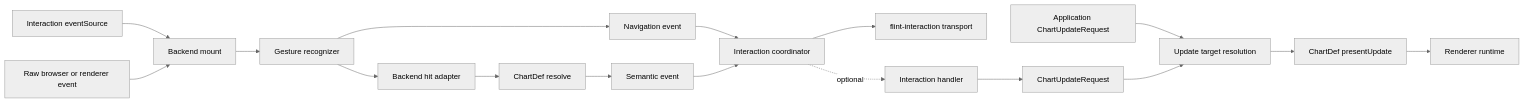
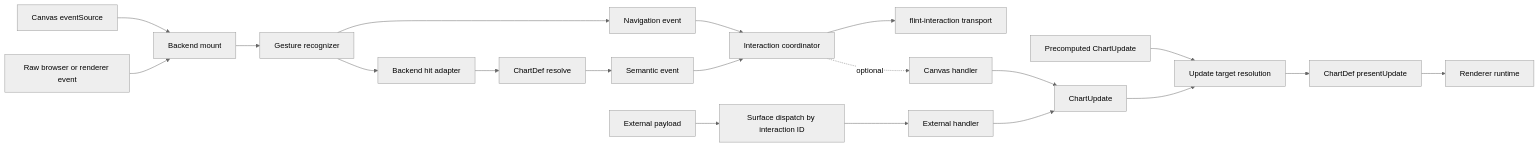
Before and after one commit to microsoft/flint-chart: the first of 5 diagrams in packages/flint-js/src/interactive/README.md, drawn with Mermaid (neutral theme). The commit also changed other lines of this file and 90 other files, not shown here.

````diff
--- a/packages/flint-js/src/interactive/README.md
+++ b/packages/flint-js/src/interactive/README.md
@@ -126,19 +133,22 @@
 ```mermaid
 flowchart LR
-    S[Interaction eventSource] --> B[Backend mount]
+    S[Canvas eventSource] --> B[Backend mount]
     A[Raw browser or renderer event] --> B
     B --> C[Gesture recognizer]
     C --> N[Navigation event]
     N --> F[Interaction coordinator]
     C --> R[Backend hit adapter]
     R --> D[ChartDef resolve]
     D --> E[Semantic event]
     E --> F[Interaction coordinator]
     F --> G[flint-interaction transport]
-    F -. optional .-> H[Interaction handler]
-    A2[Application ChartUpdateRequest] --> U[Update target resolution]
-    H --> I[ChartUpdateRequest]
+    F -. optional .-> H[Canvas handler]
+    X[External payload] --> D2[Surface dispatch by interaction ID]
+    D2 --> EH[External handler]
+    A2[Precomputed ChartUpdate] --> U[Update target resolution]
+    H --> I[ChartUpdate]
+    EH --> I
     I --> U
     U --> J[ChartDef presentUpdate]
     J --> K[Renderer runtime]
 ```
````
